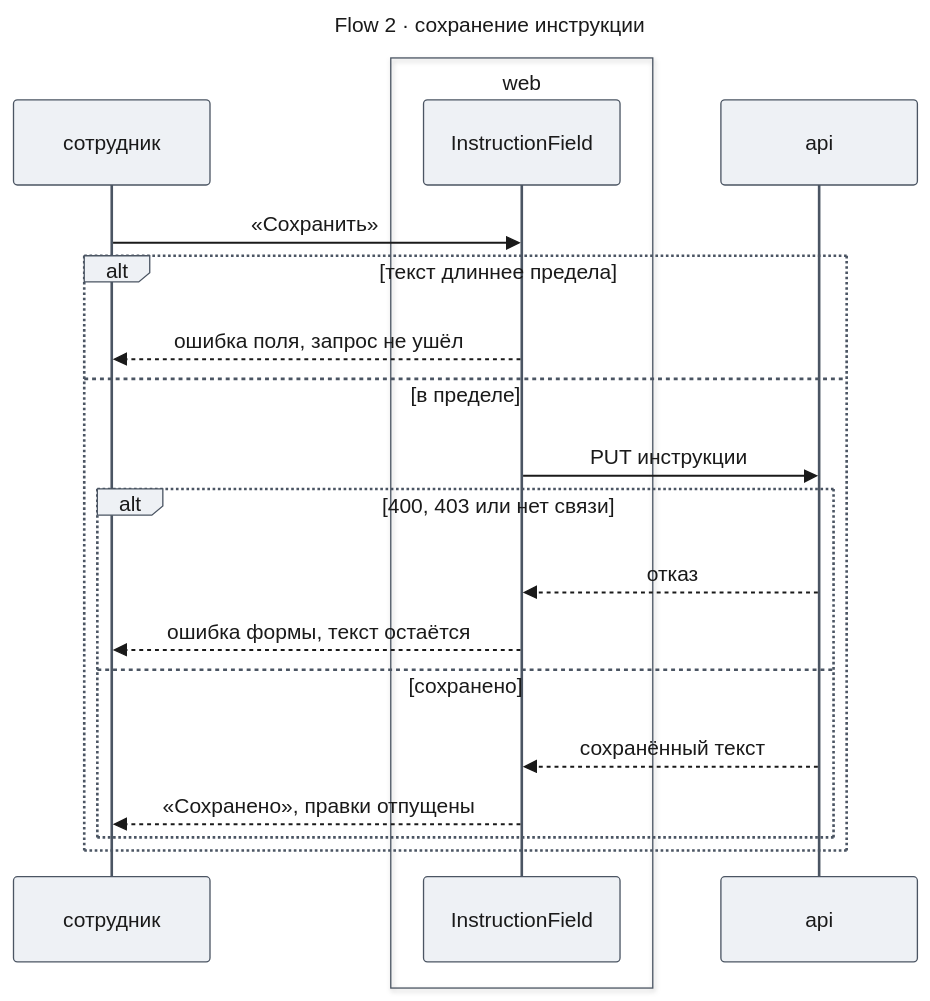
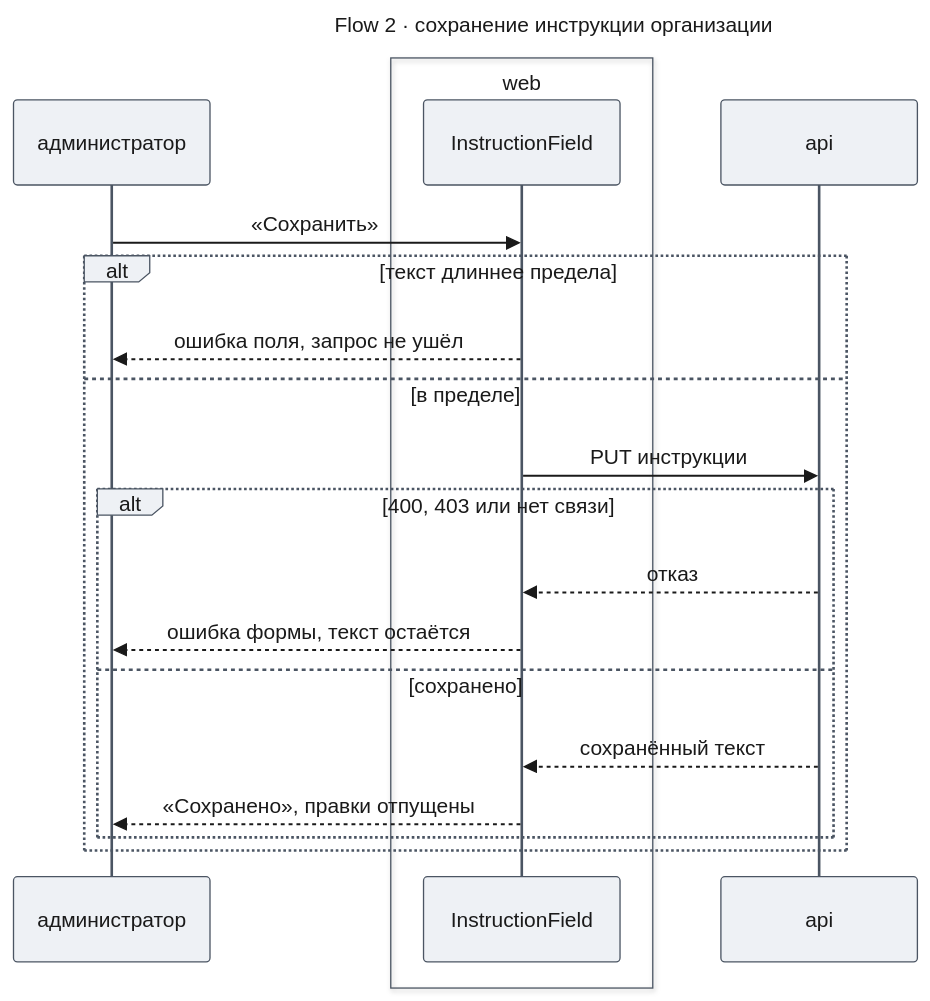
Before and after one commit to tundraray/agent-os: the sixth of 9 diagrams in docs/features/agent-guidance/design-web.md, drawn with Mermaid. The commit also changed other lines of this file, not shown here.

````diff
--- a/docs/features/agent-guidance/design-web.md
+++ b/docs/features/agent-guidance/design-web.md
@@ -424,42 +446,42 @@
 ```mermaid
 ---
-title: "Flow 2 · сохранение инструкции"
+title: "Flow 2 · сохранение инструкции организации"
 config:
   theme: base
   look: classic
   themeVariables:
     primaryColor: "#eef1f5"
     primaryBorderColor: "#4b5563"
     primaryTextColor: "#1a1a1a"
     lineColor: "#6b7280"
   themeCSS: |
     @keyframes lit_wf2{0%,12.85%{stroke:#991b1b;stroke-width:6px}14.28%,100%{stroke:#37474f;stroke-width:2px}}
     @keyframes litr_wf2{0%,12.85%{stroke:#1d4ed8;stroke-width:6px}14.28%,100%{stroke:#37474f;stroke-width:2px}}
     .messageLine0[data-id='i0'],.messageLine1[data-id='i0']{animation:lit_wf2 8.4s linear 0s infinite}
     .messageLine0[data-id='i2'],.messageLine1[data-id='i2']{animation:litr_wf2 8.4s linear 1.2s infinite}
     .messageLine0[data-id='i4'],.messageLine1[data-id='i4']{animation:lit_wf2 8.4s linear 2.4s infinite}
     .messageLine0[data-id='i6'],.messageLine1[data-id='i6']{animation:litr_wf2 8.4s linear 3.6s infinite}
     .messageLine0[data-id='i7'],.messageLine1[data-id='i7']{animation:litr_wf2 8.4s linear 4.8s infinite}
     .messageLine0[data-id='i9'],.messageLine1[data-id='i9']{animation:litr_wf2 8.4s linear 6s infinite}
     .messageLine0[data-id='i10'],.messageLine1[data-id='i10']{animation:litr_wf2 8.4s linear 7.2s infinite}
 ---
 sequenceDiagram
-    participant Emp as сотрудник
+    participant Emp as администратор
     box web
         participant Field as InstructionField
     end
     participant Api as api
     Emp->>Field: «Сохранить»
     alt текст длиннее предела
         Field-->>Emp: ошибка поля, запрос не ушёл
     else в пределе
         Field->>Api: PUT инструкции
         alt 400, 403 или нет связи
             Api-->>Field: отказ
             Field-->>Emp: ошибка формы, текст остаётся
         else сохранено
             Api-->>Field: сохранённый текст
             Field-->>Emp: «Сохранено», правки отпущены
         end
     end
 ```
````
